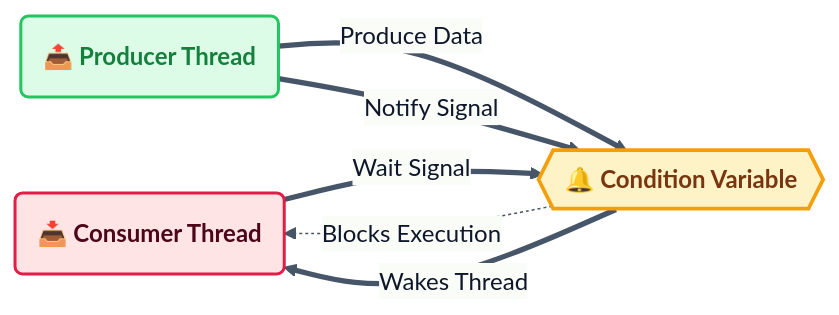
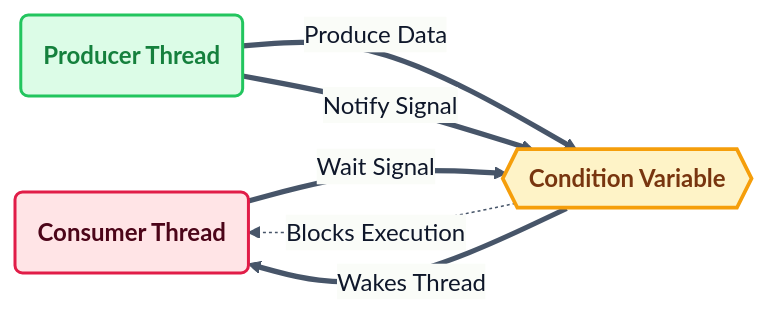
One commit to RameenAnwar/PDC-SP26-SE changed the sixth of 9 diagrams in SyedMuhammadHuzaifaAshrafi-(23FA-035-SE)/Chapter02/README.md. Above: the diagram before and after it, drawn with Mermaid. The commit also changed other lines of this file and 5 other files, not shown here.

````diff
--- a/SyedMuhammadHuzaifaAshrafi-(23FA-035-SE)/Chapter02/README.md
+++ b/SyedMuhammadHuzaifaAshrafi-(23FA-035-SE)/Chapter02/README.md
@@ -229,23 +229,23 @@
 ```mermaid
 %%{init: {'theme': 'base', 'themeVariables': { 'lineColor': '#475569', 'primaryColor': '#f8fafc', 'primaryTextColor': '#0f172a', 'primaryBorderColor': '#cbd5e1' }}}%%
 flowchart LR
     %% Premium Condition Signal Flow
     classDef cWait fill:#ffe4e6,stroke:#e11d48,stroke-width:2px,color:#4c0519,font-weight:bold
     classDef cSignal fill:#dcfce7,stroke:#22c55e,stroke-width:2px,color:#15803d,font-weight:bold
     classDef cond fill:#fef3c7,stroke:#f59e0b,stroke-width:2.5px,color:#78350f,font-weight:bold
 
-    T_Cons("📥 Consumer Thread")
-    Cond{{"🔔 Condition Variable"}}
-    T_Prod("📤 Producer Thread")
+    T_Cons("Consumer Thread")
+    Cond{{"Condition Variable"}}
+    T_Prod("Producer Thread")
 
     T_Cons == "Wait Signal" ==> Cond
     Cond -. "Blocks Execution" .-> T_Cons
     
     T_Prod == "Produce Data" ==> Cond
     T_Prod == "Notify Signal" ==> Cond
     Cond == "Wakes Thread" ==> T_Cons
 
     class T_Cons cWait
     class T_Prod cSignal
     class Cond cond
 ```
````
